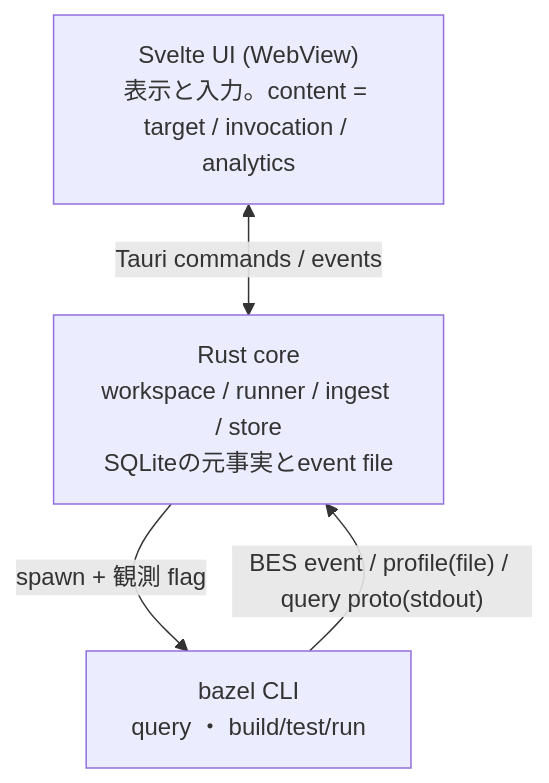
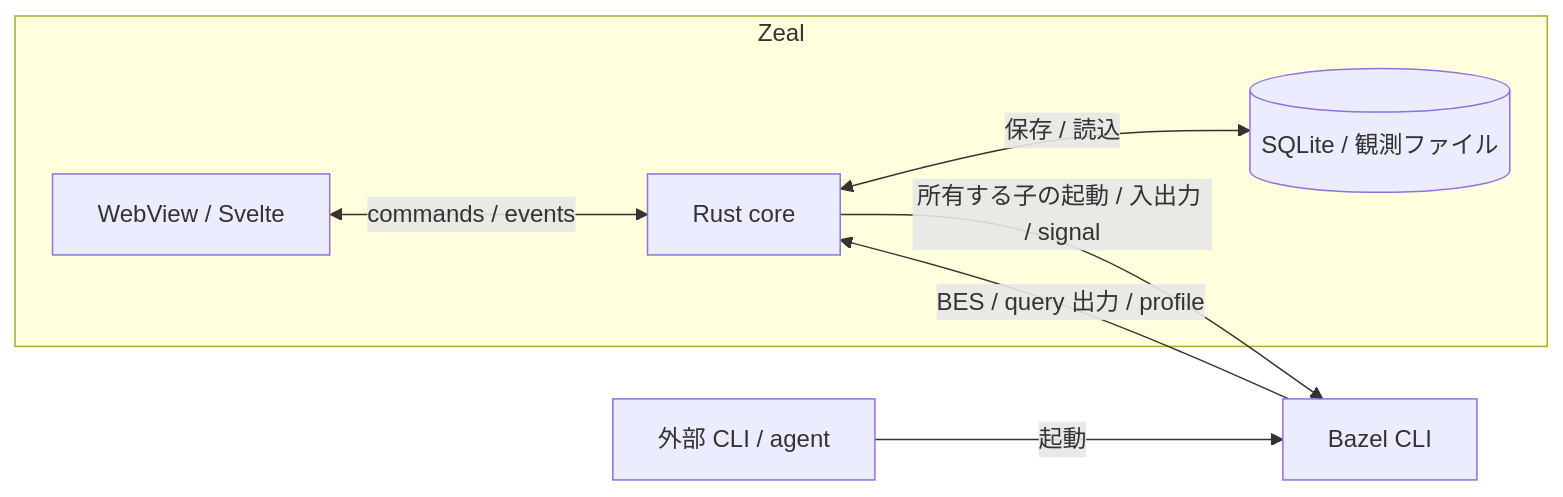
Before and after one commit to OhataKenji/zeal: the diagram in docs/design/overview.md, drawn with Mermaid. The commit also changed other lines of this file and 14 other files, not shown here.

````diff
--- a/docs/design/overview.md
+++ b/docs/design/overview.md
@@ -46,9 +47,10 @@
 ```mermaid
-flowchart TD
-    UI["Svelte UI (WebView)<br/>表示と入力。content = target / invocation / analytics"]
-    CORE["Rust core<br/>workspace / runner / ingest / store<br/>SQLiteの元事実とevent file"]
-    BAZEL["bazel CLI<br/>query ・ build/test/run"]
-    UI <-->|"Tauri commands / events"| CORE
-    CORE -->|"spawn + 観測 flag"| BAZEL
-    BAZEL -->|"BES event / profile(file) / query proto(stdout)"| CORE
+flowchart LR
+    subgraph Zeal
+        UI["WebView / Svelte"] <-->|"commands / events"| CORE["Rust core"]
+        CORE <-->|"保存 / 読込"| DATA[("SQLite / 観測ファイル")]
+    end
+    CORE -->|"所有する子の起動 / 入出力 / signal"| BAZEL["Bazel CLI"]
+    BAZEL -->|"BES / query 出力 / profile"| CORE
+    EXTERNAL["外部 CLI / agent"] -->|"起動"| BAZEL
 ```
````
